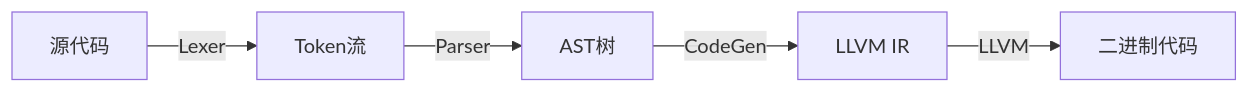
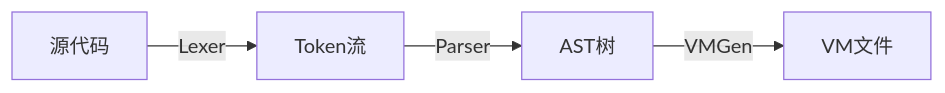
One commit to zhanghaoxvan/mask changed the diagram in README.md. Above: the diagram before and after it, drawn with Mermaid. The commit also changed other lines of this file and 13 other files, not shown here.

````diff
--- a/README.md
+++ b/README.md
@@ -25,4 +15,5 @@
 ```mermaid
 graph LR
-Source-Code[源代码] --Lexer--> Token[Token流] --Parser--> AST[AST树] --CodeGen--> IR[LLVM IR] --LLVM--> Binary[二进制代码]
+Source-Code[源代码] --Lexer--> Token[Token流] --Parser--> AST[AST树] --VMGen--> VM-File[VM文件]
+
 ```
````
